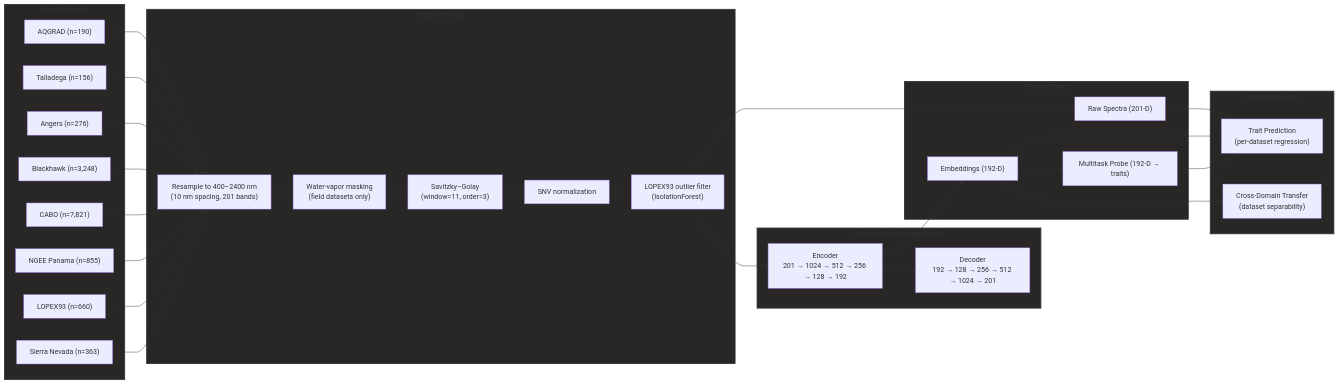
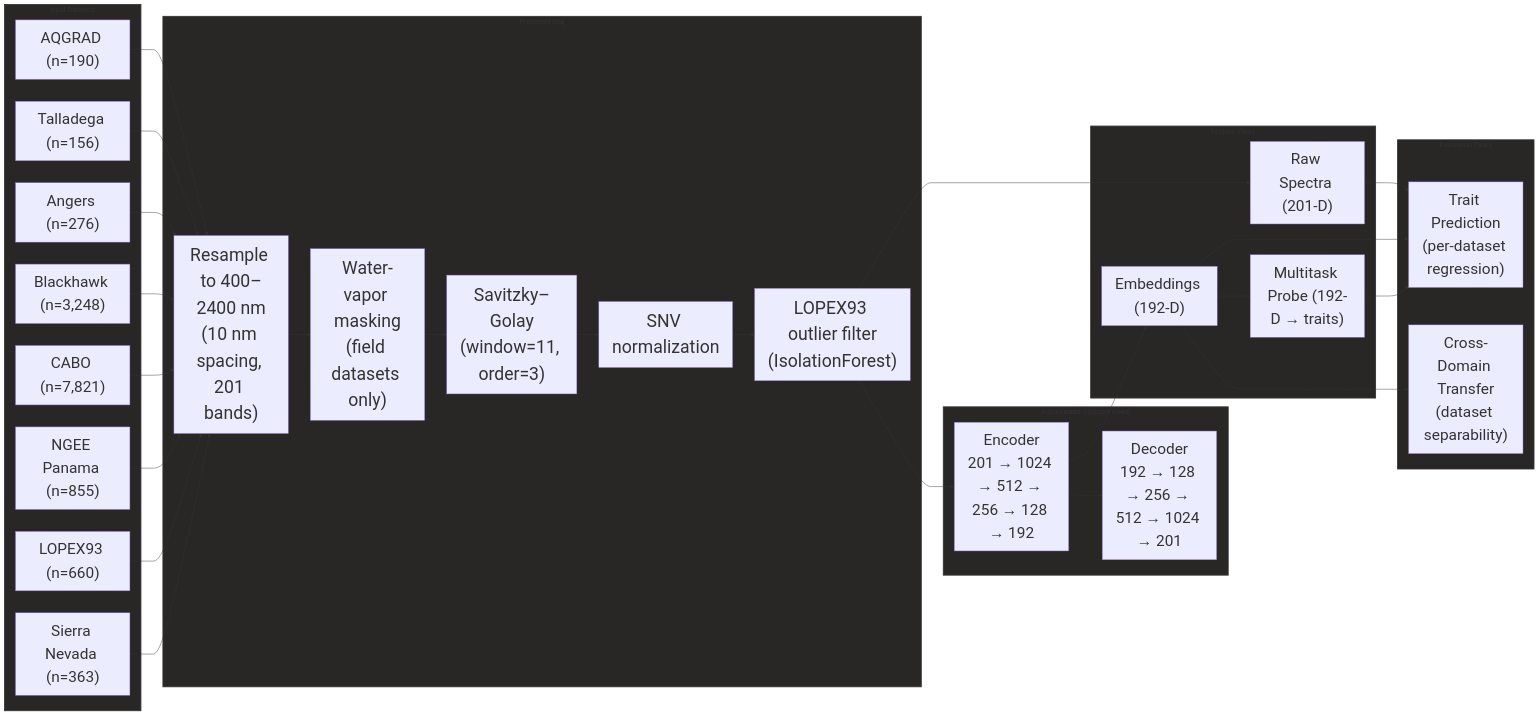
Before and after one commit to vamazing/Leaf2Traits: the first of 2 diagrams in README.md, drawn with Mermaid.

Commit message:
Increase font sizes in README styles

````diff
--- a/README.md
+++ b/README.md
@@ -8,73 +8,73 @@
 ```mermaid
 flowchart LR
     subgraph Input["Input Datasets"]
         A1["AQGRAD (n=190)"]
         A2["Talladega (n=156)"]
         A3["Angers (n=276)"]
         A4["Blackhawk (n=3,248)"]
         A5["CABO (n=7,821)"]
         A6["NGEE Panama (n=855)"]
         A7["LOPEX93 (n=660)"]
         A8["Sierra Nevada (n=363)"]
     end
 
     subgraph Preprocessing["Preprocessing"]
         B1["Resample to 400–2400 nm\n(10 nm spacing, 201 bands)"]
         B2["Water-vapor masking\n(field datasets only)"]
         B3["Savitzky–Golay\n(window=11, order=3)"]
         B4["SNV normalization"]
         B5["LOPEX93 outlier filter\n(IsolationForest)"]
     end
 
     subgraph AE["Autoencoder (Unsupervised)"]
         C1["Encoder\n201 → 1024 → 512 → 256 → 128 → 192"]
         C2["Decoder\n192 → 128 → 256 → 512 → 1024 → 201"]
     end
 
     subgraph Views["Feature Views"]
         D1["Raw Spectra (201-D)"]
         D2["Embeddings (192-D)"]
         D3["Multitask Probe (192-D → traits)"]
     end
 
     subgraph Evaluation["Evaluation Tasks"]
         E1["Trait Prediction\n(per-dataset regression)"]
         E2["Cross-Domain Transfer\n(dataset separability)"]
     end
 
     A1 & A2 & A3 & A4 & A5 & A6 & A7 & A8 --> B1
     B1 --> B2 --> B3 --> B4 --> B5
     B5 --> C1
     C1 --> C2
     C1 --> D2
     B5 --> D1
     D2 --> D3
     D1 & D2 & D3 --> E1
     D2 --> E2
 
     style Input fill:#292626,stroke:#333,stroke-width:2px
     style Preprocessing fill:#292626,stroke:#333,stroke-width:2px
     style AE fill:#292626,stroke:#333,stroke-width:2px
     style Views fill:#292626,stroke:#333,stroke-width:2px
     style Evaluation fill:#292626,stroke:#333,stroke-width:2px
-    style A1 font-size:16px
-    style A2 font-size:16px
-    style A3 font-size:16px
-    style A4 font-size:16px
-    style A5 font-size:16px
-    style A6 font-size:16px
-    style A7 font-size:16px
-    style A8 font-size:16px
-    style B1 font-size:16px
-    style B2 font-size:16px
-    style B3 font-size:16px
-    style B4 font-size:16px
-    style B5 font-size:16px
-    style C1 font-size:16px
-    style C2 font-size:16px
-    style D1 font-size:16px
-    style D2 font-size:16px
-    style D3 font-size:16px
-    style E1 font-size:16px
-    style E2 font-size:16px
+    style A1 font-size:35px
+    style A2 font-size:35px
+    style A3 font-size:35px
+    style A4 font-size:35px
+    style A5 font-size:35px
+    style A6 font-size:35px
+    style A7 font-size:35px
+    style A8 font-size:35px
+    style B1 font-size:40px
+    style B2 font-size:40px
+    style B3 font-size:40px
+    style B4 font-size:40px
+    style B5 font-size:40px
+    style C1 font-size:35px
+    style C2 font-size:35px
+    style D1 font-size:35px
+    style D2 font-size:35px
+    style D3 font-size:35px
+    style E1 font-size:35px
+    style E2 font-size:35px
 ```
````
